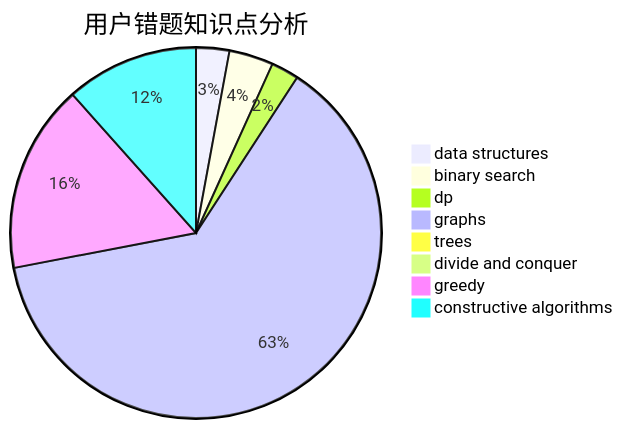
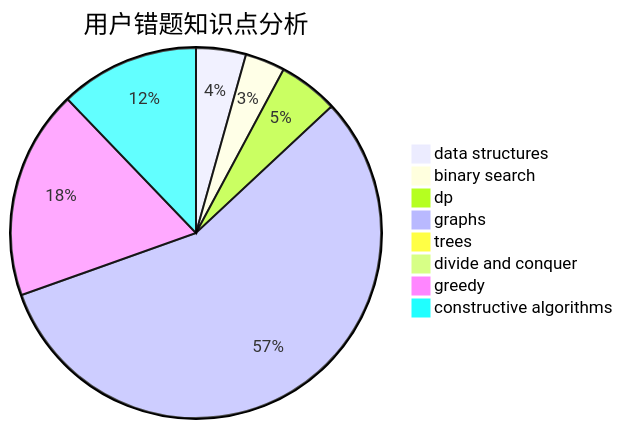
One commit to sherpahu/cfrs.github.io changed the third of 3 diagrams in docs/user/u2642.md. Above: the diagram before and after it, drawn with Mermaid. The commit also changed other lines of this file and 2770 other files, not shown here.

````diff
--- a/docs/user/u2642.md
+++ b/docs/user/u2642.md
@@ -36,11 +36,11 @@
 ```mermaid
 pie title 用户错题知识点分析
-    "data structures" :  6
+    "data structures" :  10
     "binary search" :  8
-    "dp" :  5
+    "dp" :  12
     "graphs" :  130
     "trees" :  0
     "divide and conquer" :  0
-    "greedy" :  34
-    "constructive algorithms" :  24
+    "greedy" :  42
+    "constructive algorithms" :  28
 ```
````
